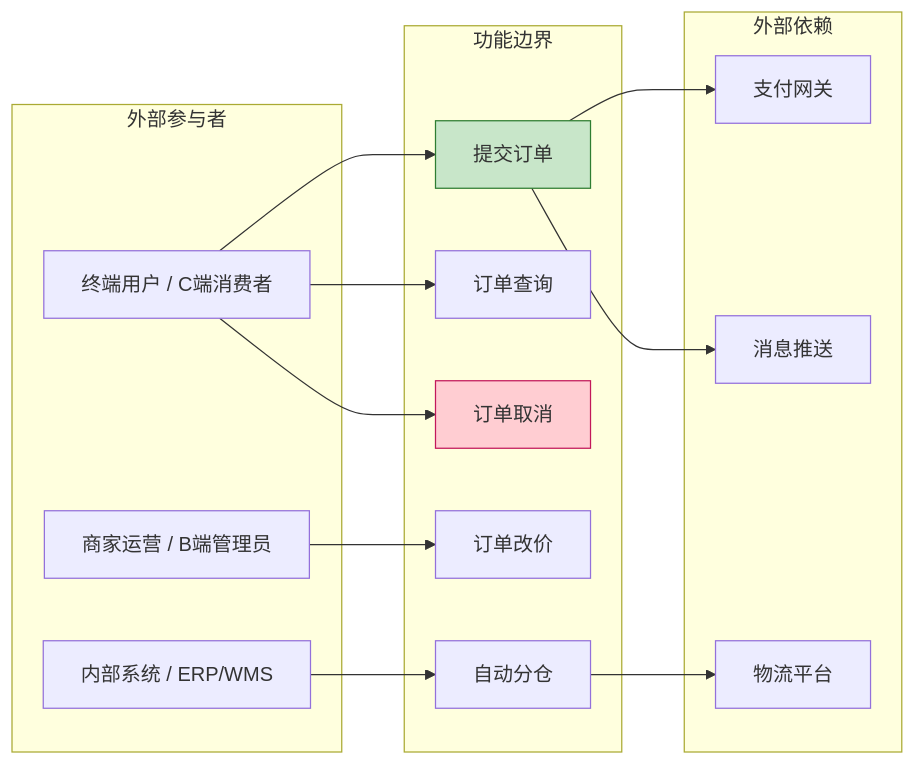
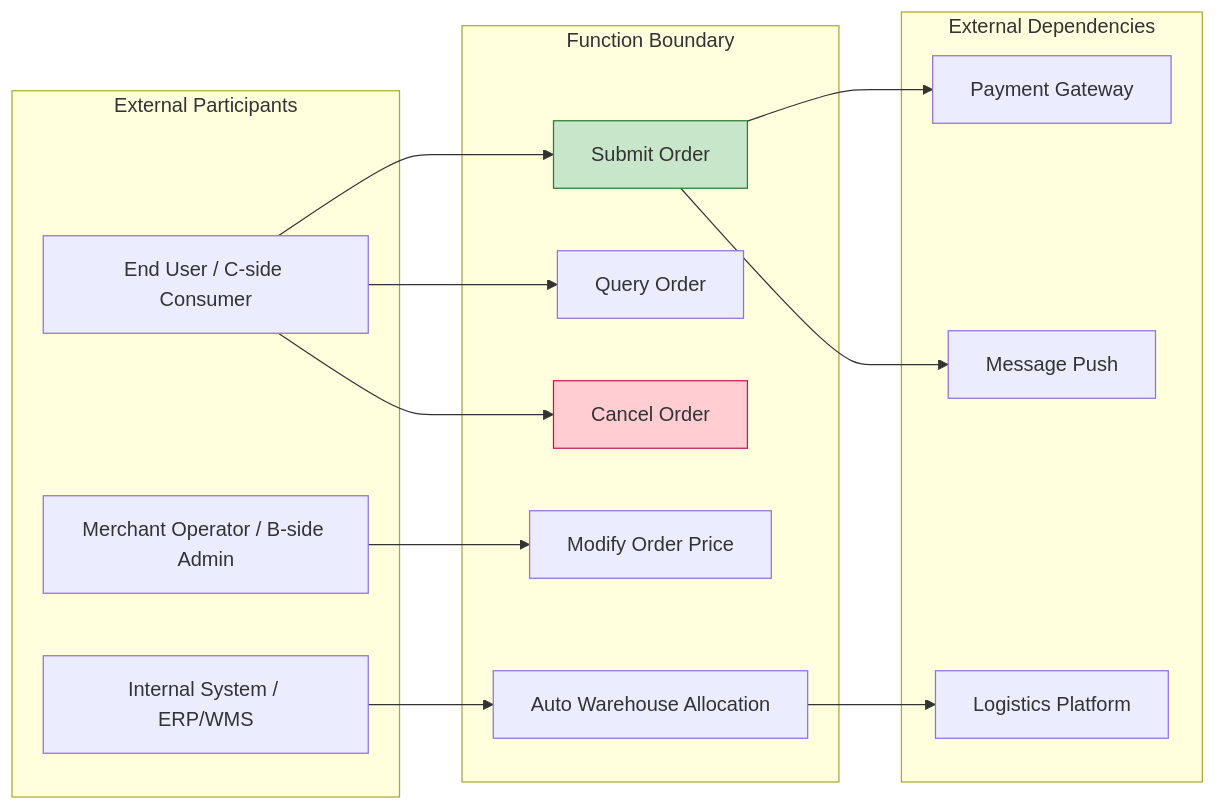
Before and after one commit to Kirky-X/cangjie: the second of 11 diagrams in templates/产品/产品层/【模板】功能需求文档.md, drawn with Mermaid. The commit also changed other lines of this file and 46 other files, not shown here.

````diff
--- a/templates/产品/产品层/【模板】功能需求文档.md
+++ b/templates/产品/产品层/【模板】功能需求文档.md
@@ -77,34 +77,34 @@
 ```mermaid
 graph LR
-    subgraph 外部参与者
-        U1[终端用户 / C端消费者]
-        U2[商家运营 / B端管理员]
-        U3[内部系统 / ERP/WMS]
+    subgraph External Participants
+        U1[End User / C-side Consumer]
+        U2[Merchant Operator / B-side Admin]
+        U3[Internal System / ERP/WMS]
     end
 
-    subgraph 功能边界
-        F1[提交订单]
-        F2[订单查询]
-        F3[订单取消]
-        F4[订单改价]
-        F5[自动分仓]
+    subgraph Function Boundary
+        F1[Submit Order]
+        F2[Query Order]
+        F3[Cancel Order]
+        F4[Modify Order Price]
+        F5[Auto Warehouse Allocation]
     end
 
-    subgraph 外部依赖
-        D1[支付网关]
-        D2[物流平台]
-        D3[消息推送]
+    subgraph External Dependencies
+        D1[Payment Gateway]
+        D2[Logistics Platform]
+        D3[Message Push]
     end
 
     U1 --> F1
     U1 --> F2
     U1 --> F3
     U2 --> F4
     U3 --> F5
     F1 --> D1
     F5 --> D2
     F1 --> D3
 
     style F1 fill:#c8e6c9,stroke:#2e7d32
     style F3 fill:#ffcdd2,stroke:#c2185b
 ```
````
